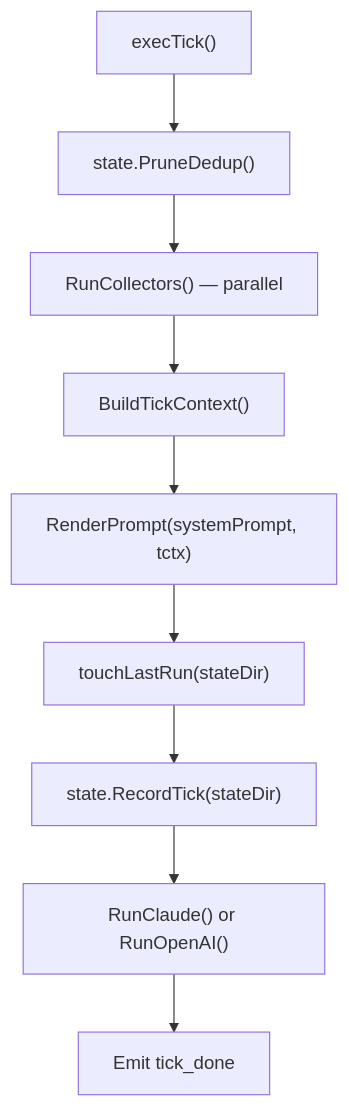
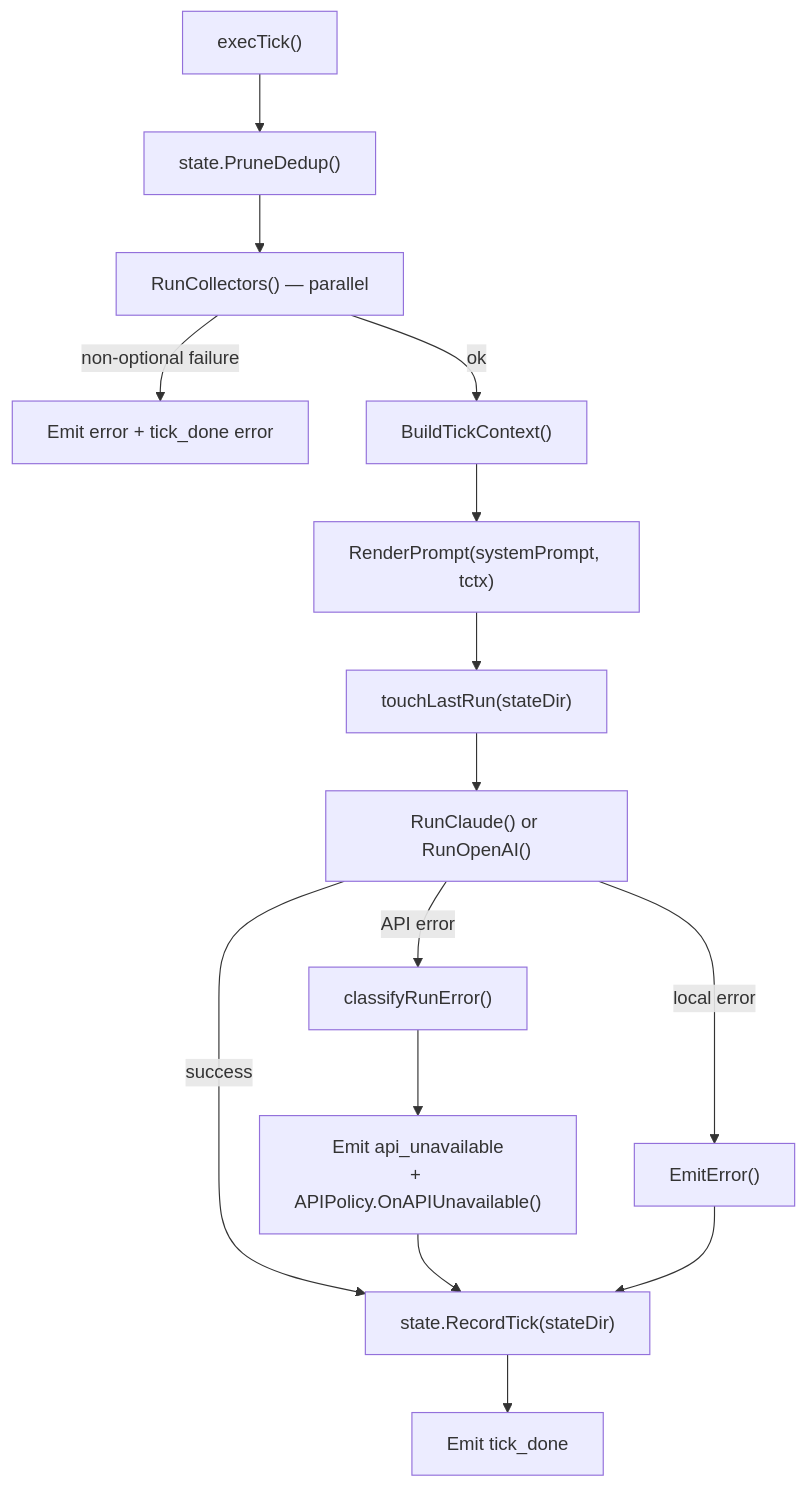
Diagram 11 of 17 in docs/architecture.md (mrbrutti/okesu), drawn with Mermaid before and after one commit. The commit also changed other lines of this file and 18 other files, not shown here.

````diff
--- a/docs/architecture.md
+++ b/docs/architecture.md
@@ -589,11 +643,17 @@
 ```mermaid
 flowchart TD
     T["execTick()"] --> PS["state.PruneDedup()"]
     PS --> RC["RunCollectors() — parallel"]
-    RC --> BTC["BuildTickContext()"]
+    RC --> |"non-optional failure"| AbortErr["Emit error + tick_done error"]
+    RC --> |"ok"| BTC["BuildTickContext()"]
     BTC --> RP["RenderPrompt(systemPrompt, tctx)"]
     RP --> Touch["touchLastRun(stateDir)"]
-    Touch --> Rec["state.RecordTick(stateDir)"]
-    Rec --> Run["RunClaude() or RunOpenAI()"]
-    Run --> Emit["Emit tick_done"]
+    Touch --> Run["RunClaude() or RunOpenAI()"]
+    Run --> |"success"| Rec["state.RecordTick(stateDir)"]
+    Run --> |"API error"| Classify["classifyRunError()"]
+    Run --> |"local error"| LocalErr["EmitError()"]
+    Classify --> APIUnavail["Emit api_unavailable\n+ APIPolicy.OnAPIUnavailable()"]
+    APIUnavail --> Rec
+    LocalErr --> Rec
+    Rec --> Done["Emit tick_done"]
 ```
````
